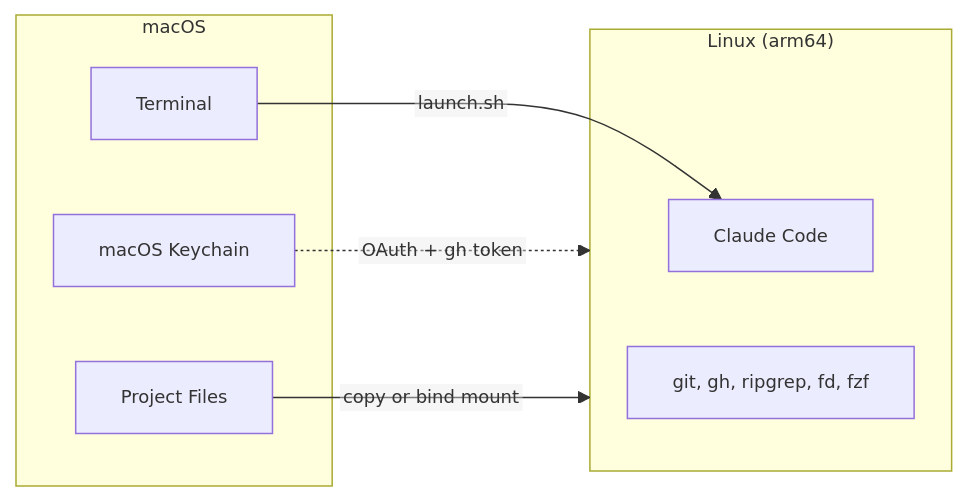
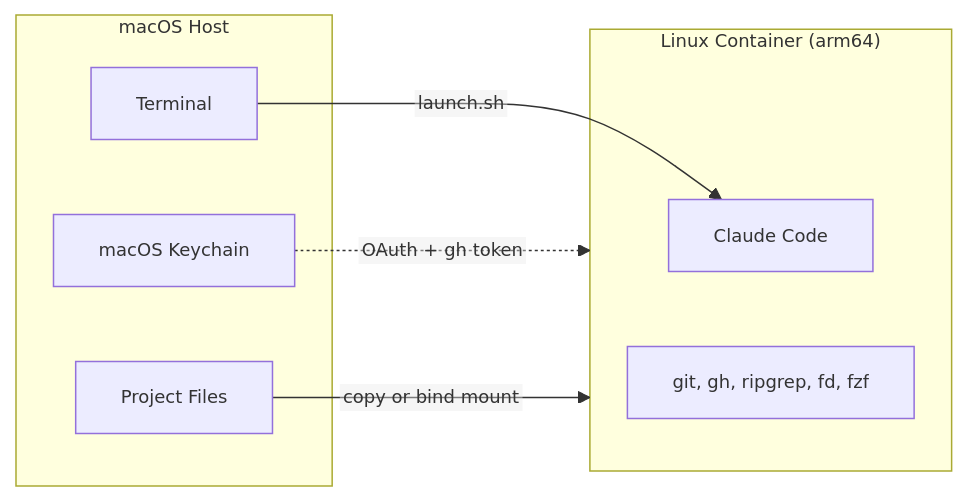
Before and after one commit to chew-z/Container: the first of 2 diagrams in README.md, drawn with Mermaid.

Commit message:
docs: update readme diagram labels for clarity
I update the labels in the mermaid diagram within the README to more precisely describe the components involved in the setup, ensuring better understanding for users reading the documentation.

````diff
--- a/README.md
+++ b/README.md
@@ -5,18 +5,18 @@
 ```mermaid
 %%{init: {"themeVariables": {"fontSize": "9pt"}, "flowchart": {"htmlLabels": false, "useMaxWidth": false}}}%%
 flowchart LR
-    subgraph Host["macOS"]
-        Terminal["Terminal"]
-        Keychain["macOS Keychain"]
-        Project["Project Files"]
+    subgraph Host["macOS Host"]
+        Terminal["Terminal "]
+        Keychain["macOS Keychain "]
+        Project["Project Files "]
     end
 
-    subgraph Container["Linux (arm64)"]
-        Claude["Claude Code"]
+    subgraph Container["Linux Container (arm64)"]
+        Claude["Claude Code "]
         Tools["git, gh, ripgrep, fd, fzf"]
     end
 
     Terminal -->|"launch.sh"| Claude
     Keychain -.->|"OAuth + gh token"| Container
     Project -->|"copy or bind mount"| Container
 ```
````
